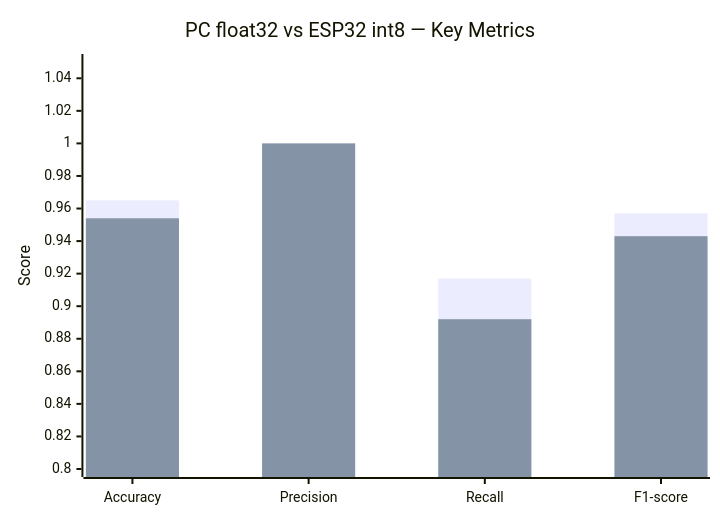
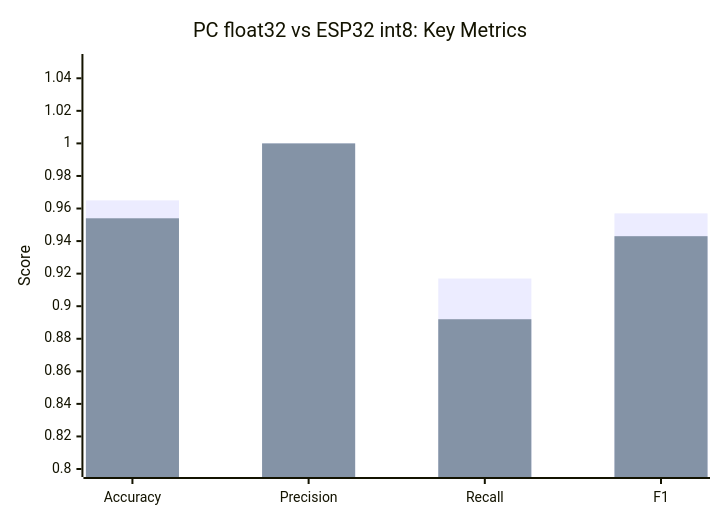
Before and after one commit to Adji-SP/RT-QTinyECG-ESP32-Rust: the fourth of 4 diagrams in Product/docs/INDEX.md, drawn with Mermaid. The commit also changed 2 other files, not shown here.

````diff
--- a/Product/docs/INDEX.md
+++ b/Product/docs/INDEX.md
@@ -211,8 +211,8 @@
 ```mermaid
 xychart-beta
-    title "PC float32 vs ESP32 int8 — Key Metrics"
-    x-axis ["Accuracy", "Precision", "Recall", "F1-score"]
+    title "PC float32 vs ESP32 int8: Key Metrics"
+    x-axis ["Accuracy", "Precision", "Recall", "F1"]
     y-axis "Score" 0.8 --> 1.05
     bar [0.965, 1.000, 0.917, 0.957]
     bar [0.954, 1.000, 0.892, 0.943]
 ```
````
